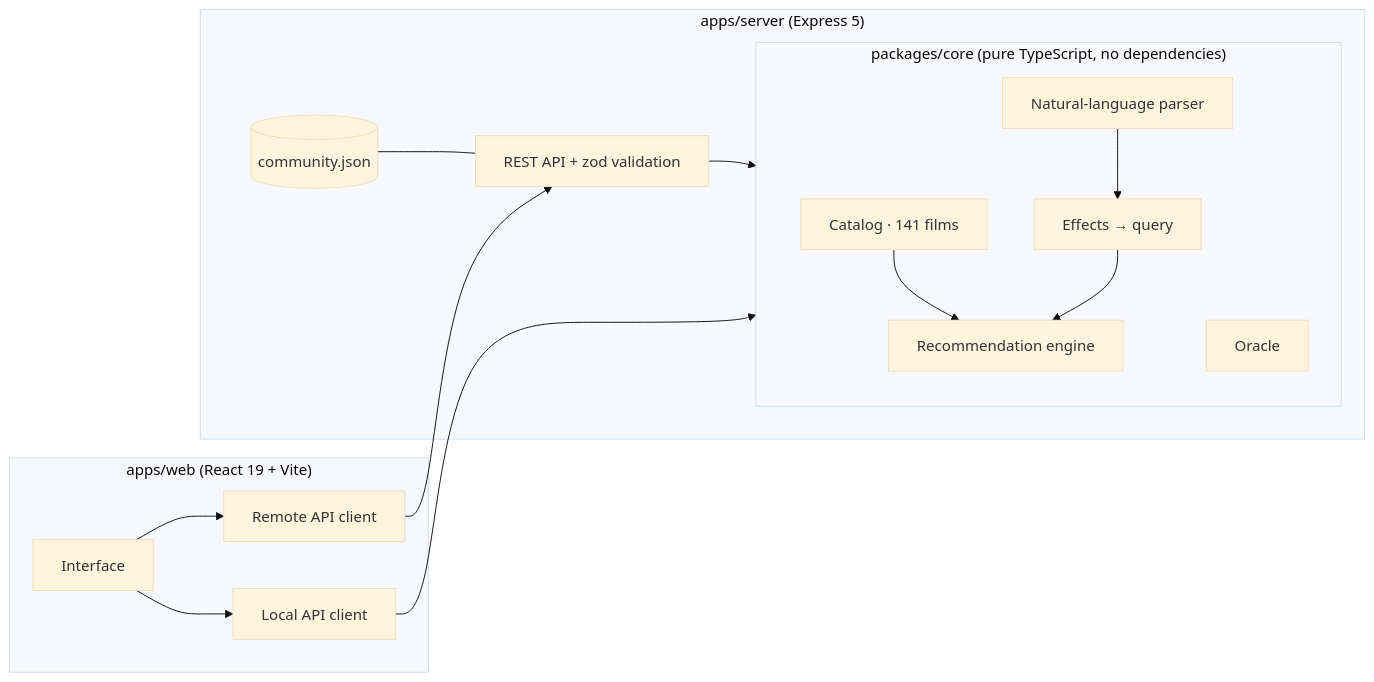
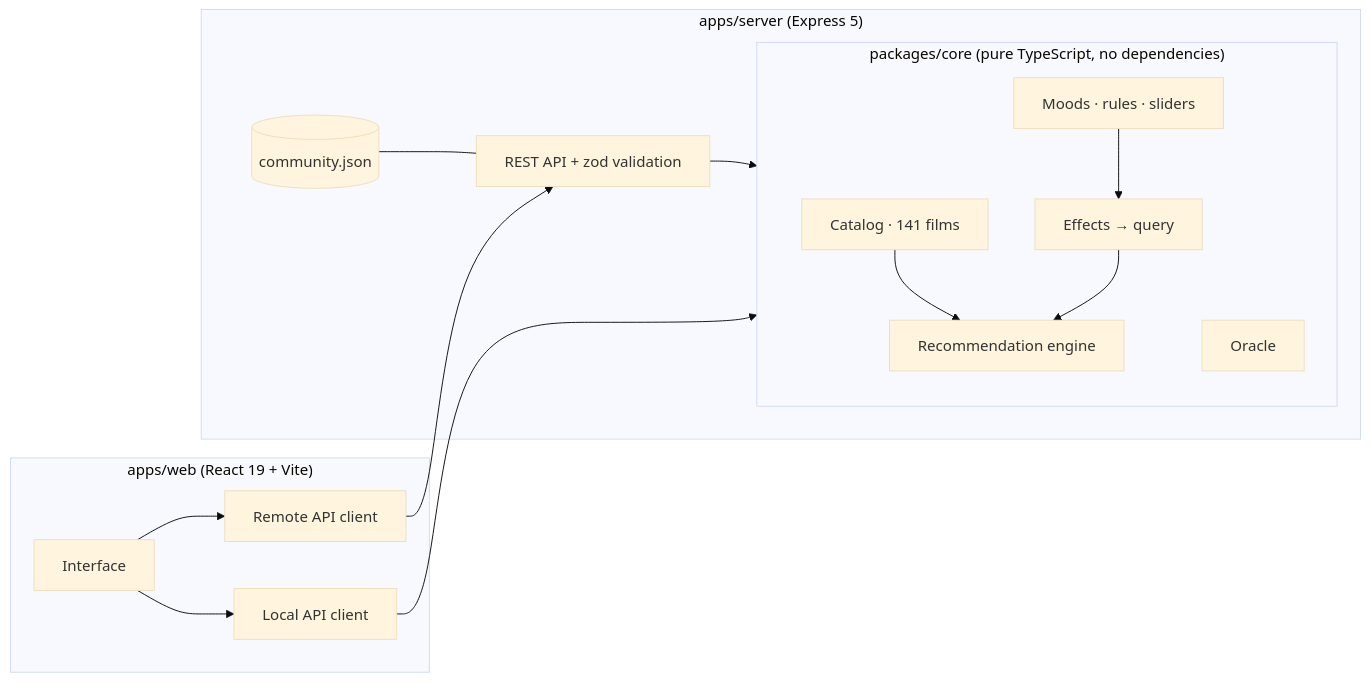
Before and after one commit to ridvanms/moodReel: the diagram in README.md, drawn with Mermaid (base theme). The commit also changed other lines of this file and 74 other files, not shown here.

````diff
--- a/README.md
+++ b/README.md
@@ -23,17 +32,17 @@
 ```mermaid
 flowchart LR
   subgraph core["packages/core (pure TypeScript, no dependencies)"]
     C[Catalog · 141 films] --> E[Recommendation engine]
-    P[Natural-language parser] --> X[Effects → query]
+    M[Moods · rules · sliders] --> X[Effects → query]
     X --> E
     O[Oracle]
   end
   subgraph server["apps/server (Express 5)"]
     A[REST API + zod validation] --> core
     S[(community.json)] --- A
   end
   subgraph web["apps/web (React 19 + Vite)"]
     UI[Interface] --> R[Remote API client] --> A
     UI --> L[Local API client] --> core
   end
 ```
````
